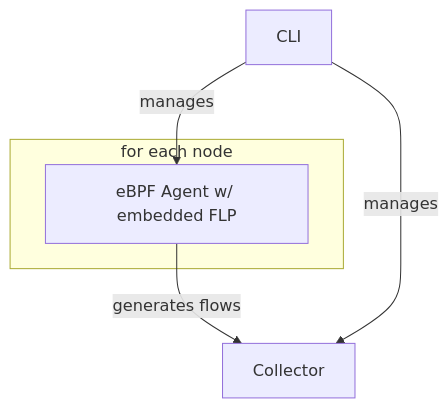
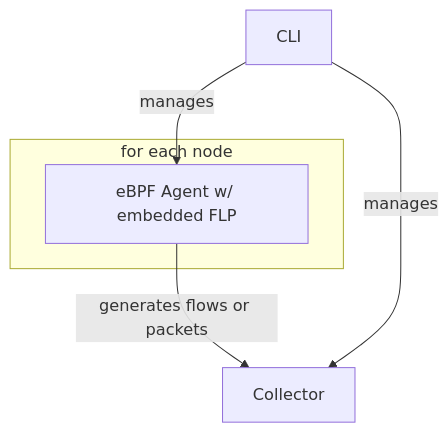
Before and after one commit to netobserv/network-observability-operator: the third of 3 diagrams in docs/Architecture.md, drawn with Mermaid.

````diff
--- a/docs/Architecture.md
+++ b/docs/Architecture.md
@@ -88,9 +88,9 @@
 ```mermaid
 flowchart TD
     subgraph "for each node"
         A[eBPF Agent w/ embedded FLP]
     end
-    A -->|generates flows| C[Collector]
+    A -->|generates flows or packets| C[Collector]
     CL[CLI] -->|manages| A
     CL -->|manages| C
 ```
````
